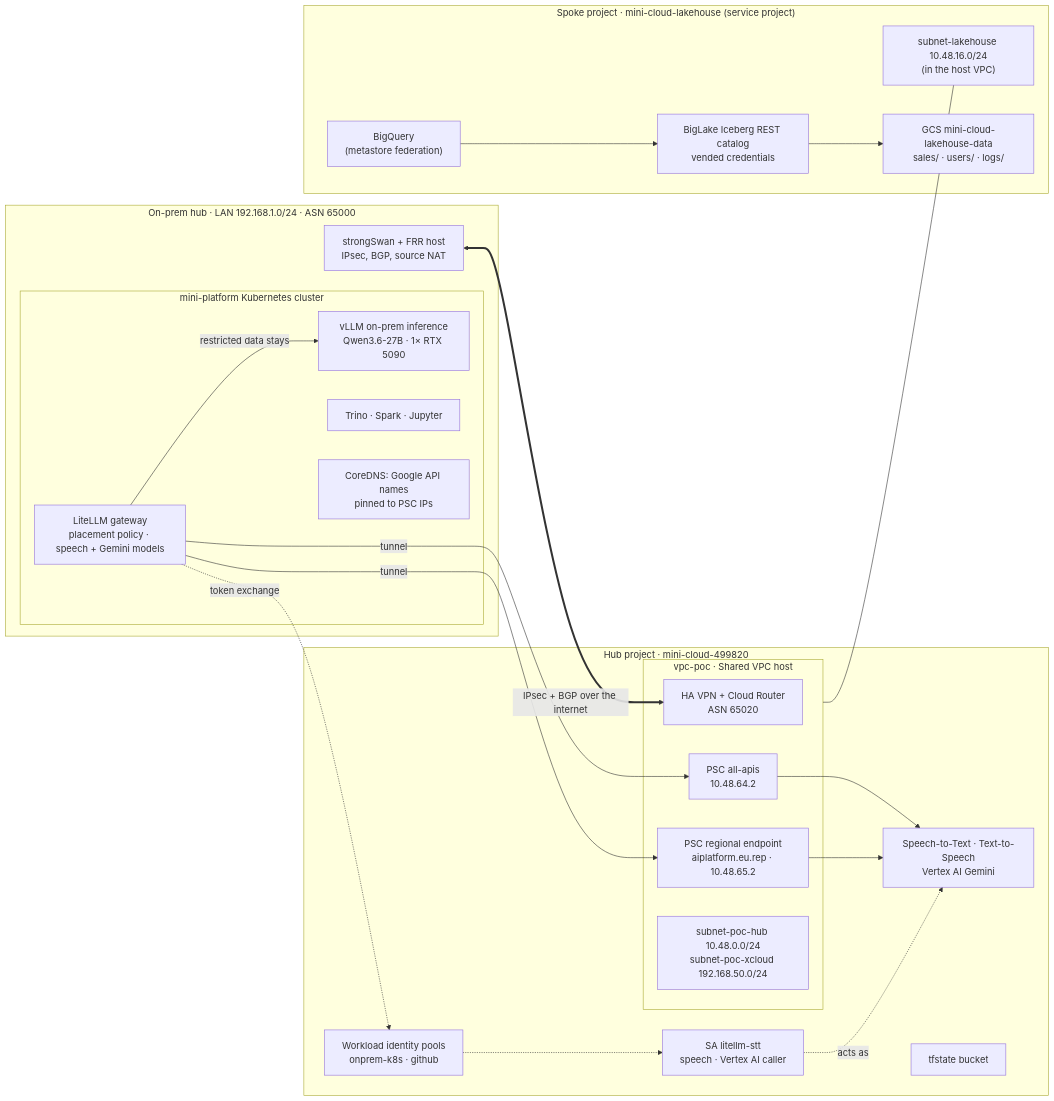
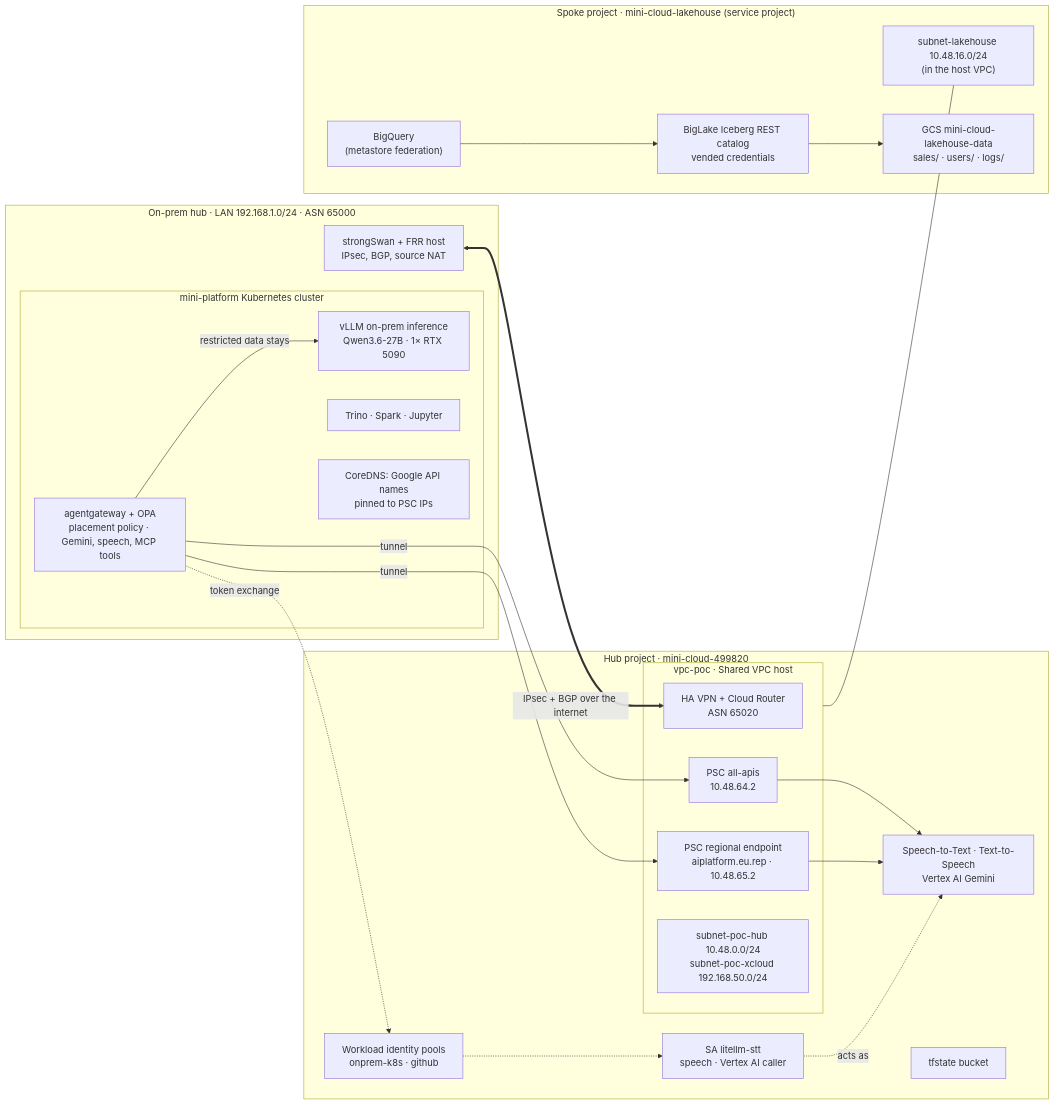
The diagram in docs/gcp/README.md (nolimitkun/mini-cloud), drawn with Mermaid before and after one commit. The commit also changed other lines of this file and 7 other files, not shown here.

Commit message:
docs(gcp): AI inference through agentgateway, OPA, OCP and agentregistry; drop LiteLLM's identity (#31)

````diff
--- a/docs/gcp/README.md
+++ b/docs/gcp/README.md
@@ -22,45 +22,45 @@
 ```mermaid
 flowchart LR
     subgraph onprem["On-prem hub · LAN 192.168.1.0/24 · ASN 65000"]
         gw["strongSwan + FRR host<br/>IPsec, BGP, source NAT"]
         subgraph k8s["mini-platform Kubernetes cluster"]
-            litellm["LiteLLM gateway<br/>placement policy · speech + Gemini models"]
+            gateway["agentgateway + OPA<br/>placement policy · Gemini, speech, MCP tools"]
             vllm["vLLM on-prem inference<br/>Qwen3.6-27B · 1× RTX 5090"]
             engines["Trino · Spark · Jupyter"]
             dns["CoreDNS: Google API names<br/>pinned to PSC IPs"]
         end
     end
 
     subgraph hub["Hub project · mini-cloud-499820"]
         subgraph vpc["vpc-poc · Shared VPC host"]
             vpn["HA VPN + Cloud Router<br/>ASN 65020"]
             psc["PSC all-apis<br/>10.48.64.2"]
             rep["PSC regional endpoint<br/>aiplatform.eu.rep · 10.48.65.2"]
             subhub["subnet-poc-hub 10.48.0.0/24<br/>subnet-poc-xcloud 192.168.50.0/24"]
         end
         wif["Workload identity pools<br/>onprem-k8s · github"]
         sa["SA litellm-stt<br/>speech · Vertex AI caller"]
         apis["Speech-to-Text · Text-to-Speech<br/>Vertex AI Gemini"]
         state["tfstate bucket"]
     end
 
     subgraph spoke["Spoke project · mini-cloud-lakehouse (service project)"]
         sublh["subnet-lakehouse 10.48.16.0/24<br/>(in the host VPC)"]
         gcs["GCS mini-cloud-lakehouse-data<br/>sales/ · users/ · logs/"]
         cat["BigLake Iceberg REST catalog<br/>vended credentials"]
         bq["BigQuery<br/>(metastore federation)"]
     end
 
     gw <==>|"IPsec + BGP over the internet"| vpn
-    litellm -->|"restricted data stays"| vllm
-    litellm -.->|"token exchange"| wif
+    gateway -->|"restricted data stays"| vllm
+    gateway -.->|"token exchange"| wif
     wif -.-> sa
-    litellm -->|"tunnel"| psc
-    litellm -->|"tunnel"| rep
+    gateway -->|"tunnel"| psc
+    gateway -->|"tunnel"| rep
     psc --> apis
     rep --> apis
     sa -.->|"acts as"| apis
     cat --> gcs
     bq --> cat
     vpc --- sublh
 ```
````
